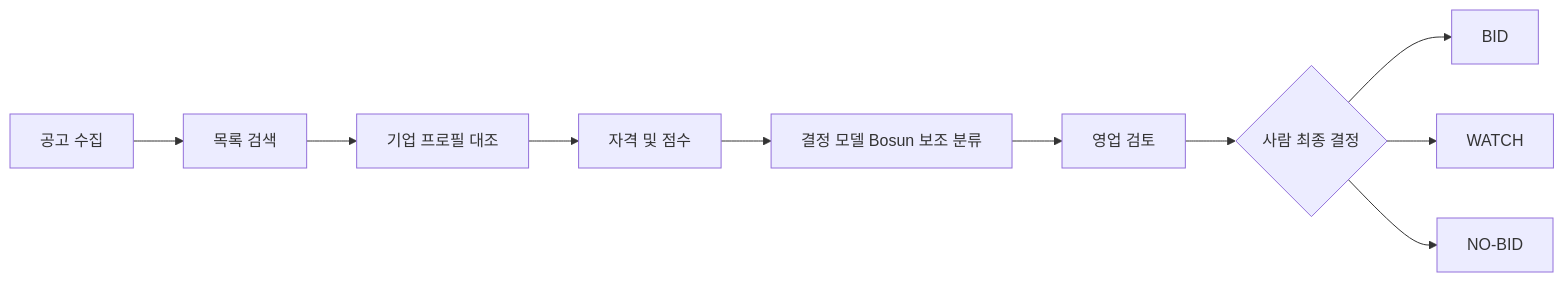
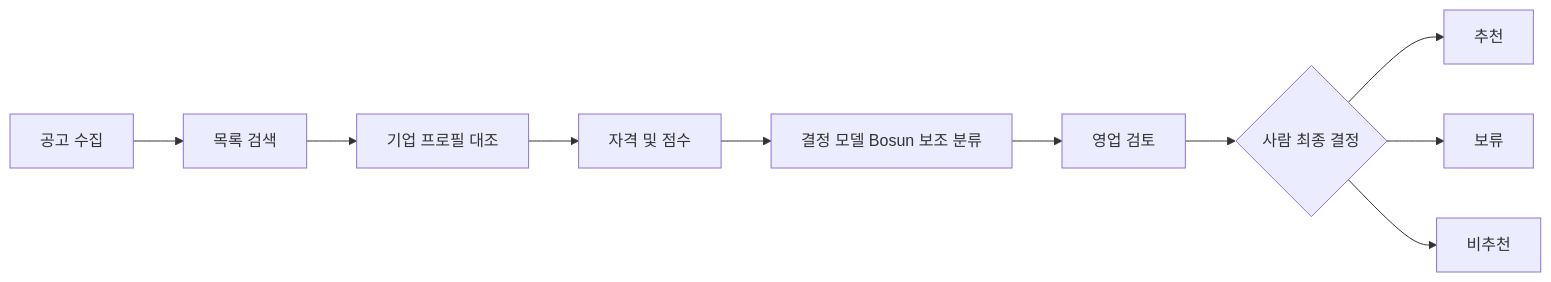
One commit to solideoai/sol-radar changed the diagram in docs/01-PRD.md. Above: the diagram before and after it, drawn with Mermaid. The commit also changed other lines of this file and 27 other files, not shown here.

````diff
--- a/docs/01-PRD.md
+++ b/docs/01-PRD.md
@@ -94,12 +94,12 @@
 ```mermaid
 flowchart LR
   A[공고 수집] --> B[목록 검색]
   B --> C[기업 프로필 대조]
   C --> D[자격 및 점수]
   D --> E["결정 모델 Bosun 보조 분류"]
   E --> F[영업 검토]
   F --> G{사람 최종 결정}
-  G --> H[BID]
-  G --> I[WATCH]
-  G --> J[NO-BID]
+  G --> H[추천]
+  G --> I[보류]
+  G --> J[비추천]
 ```
````
